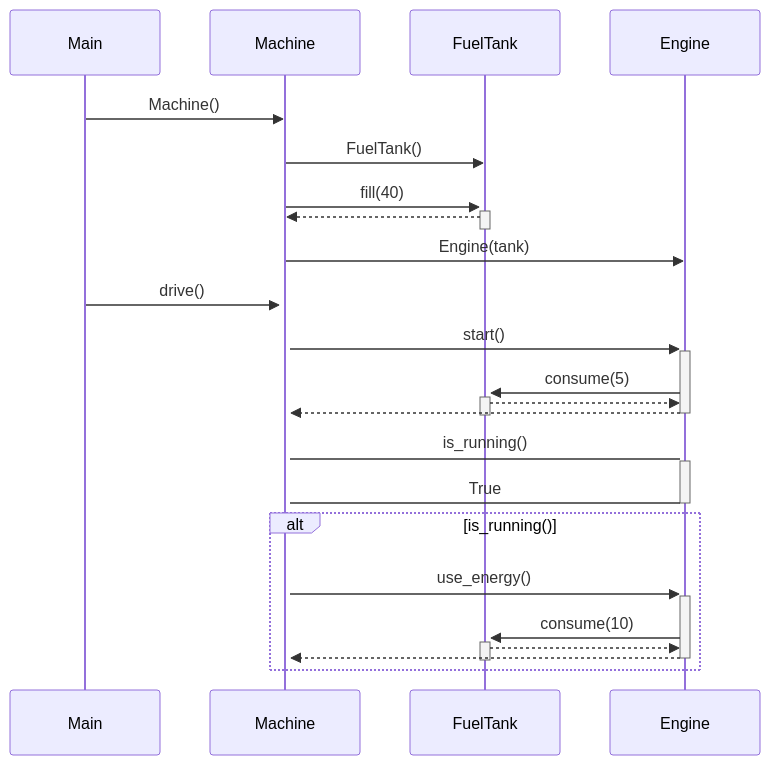
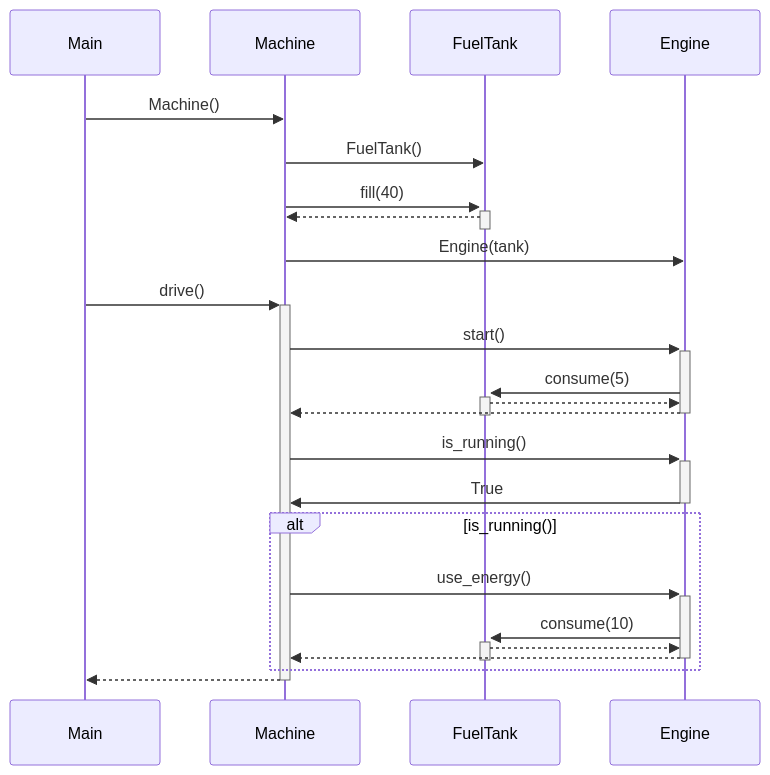
The diagram in laskarit/viikko3/moottori_sekvenssikaavio.md (samusyrjanen/ot-harjoitustyo), drawn with Mermaid before and after one commit. The commit also changed 1 other file, not shown here.

Commit message:
matkakortti_sekvenssikaavio.md

````diff
--- a/laskarit/viikko3/moottori_sekvenssikaavio.md
+++ b/laskarit/viikko3/moottori_sekvenssikaavio.md
@@ -1,21 +1,22 @@
 ```mermaid
 sequenceDiagram
     Main->>Machine: Machine()
     Machine->>FuelTank: FuelTank()
     Machine->>+FuelTank: fill(40)
     FuelTank-->>-Machine: 
     Machine->>Engine: Engine(tank)
     Main->>+Machine: drive()
     Machine->>+Engine: start()
     Engine->>+FuelTank: consume(5)
     FuelTank-->>-Engine: 
     Engine-->>-Machine: 
-    Machine->+Engine: is_running()
-    Engine->-Machine: True
+    Machine->>+Engine: is_running()
+    Engine->>-Machine: True
     alt is_running()
         Machine->>+Engine: use_energy()
         Engine->>+FuelTank: consume(10)
         FuelTank-->>-Engine: 
         Engine-->>-Machine: 
     end
+    Machine-->>-Main: 
 ```
````
